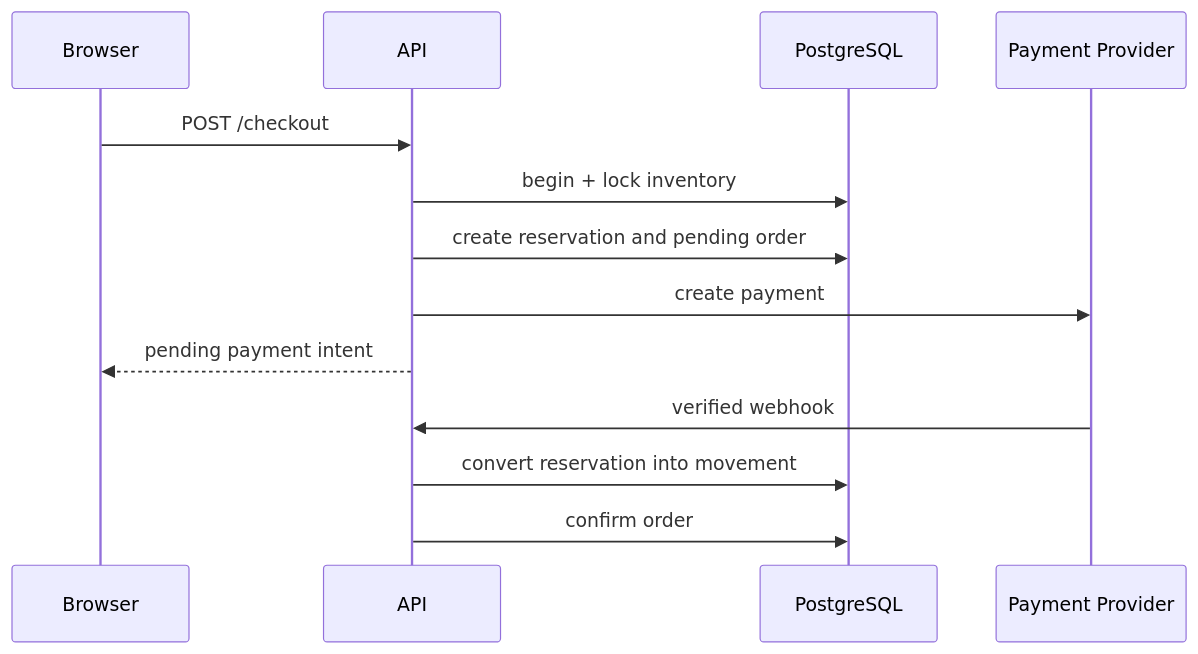
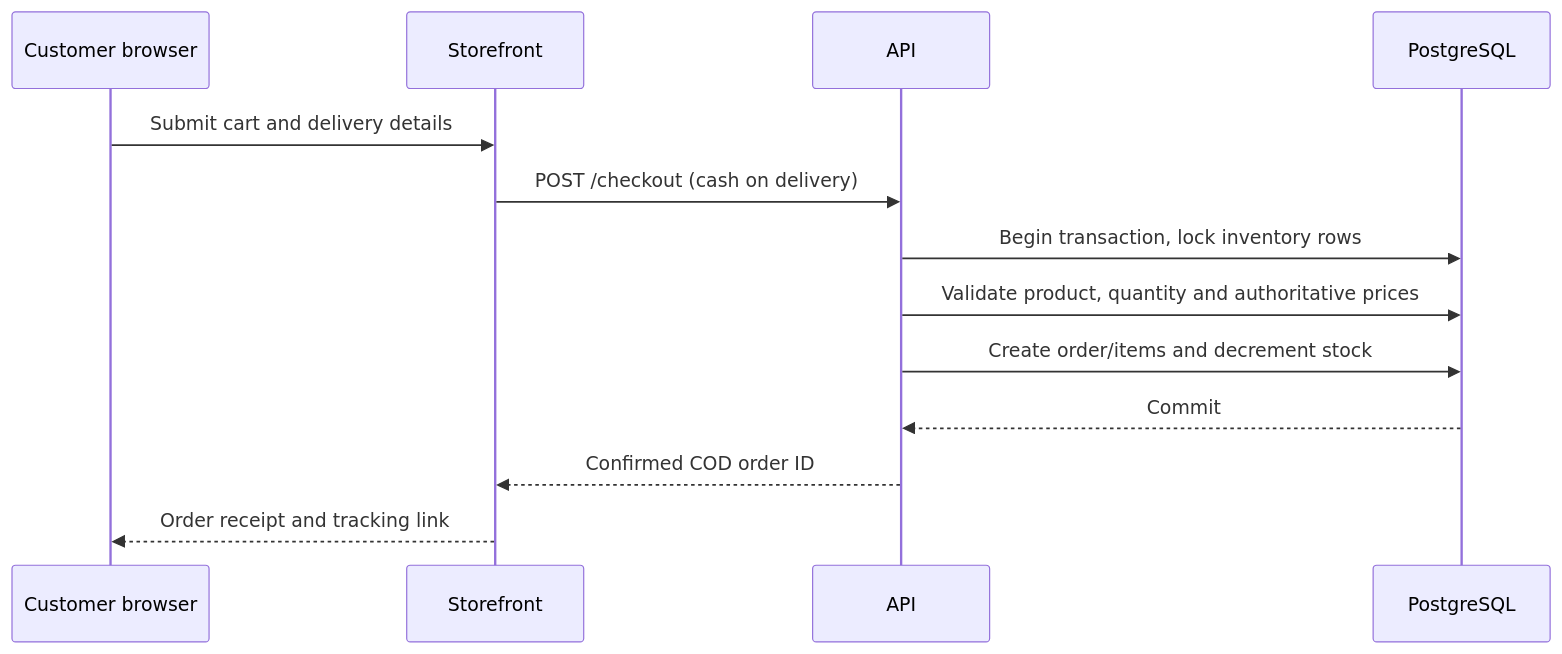
One commit to Aktham-Shamsah/luccello-commerce changed the second of 2 diagrams in docs/architecture.md. Above: the diagram before and after it, drawn with Mermaid. The commit also changed other lines of this file and 43 other files, not shown here.

````diff
--- a/docs/architecture.md
+++ b/docs/architecture.md
@@ -38,15 +20,15 @@
 ```mermaid
 sequenceDiagram
-  participant B as Browser
+  participant C as Customer browser
+  participant S as Storefront
   participant A as API
-  participant DB as PostgreSQL
-  participant P as Payment Provider
-  B->>A: POST /checkout
-  A->>DB: begin + lock inventory
-  A->>DB: create reservation and pending order
-  A->>P: create payment
-  A-->>B: pending payment intent
-  P->>A: verified webhook
-  A->>DB: convert reservation into movement
-  A->>DB: confirm order
+  participant D as PostgreSQL
+  C->>S: Submit cart and delivery details
+  S->>A: POST /checkout (cash on delivery)
+  A->>D: Begin transaction, lock inventory rows
+  A->>D: Validate product, quantity and authoritative prices
+  A->>D: Create order/items and decrement stock
+  D-->>A: Commit
+  A-->>S: Confirmed COD order ID
+  S-->>C: Order receipt and tracking link
 ```
````
